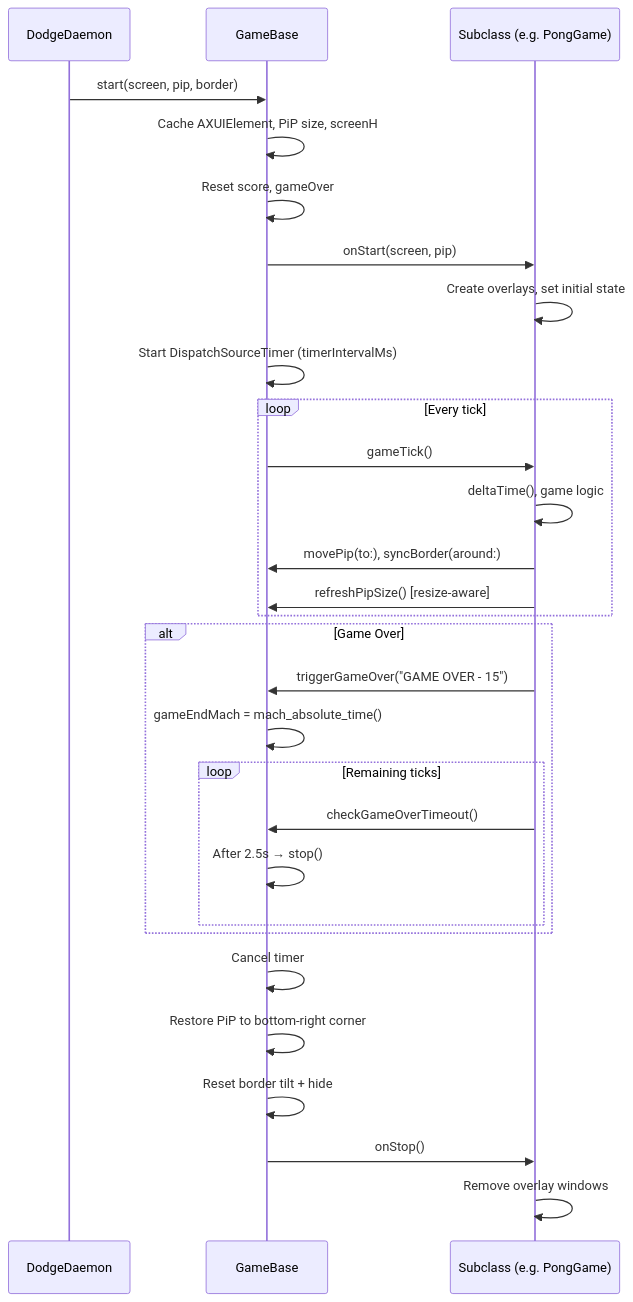
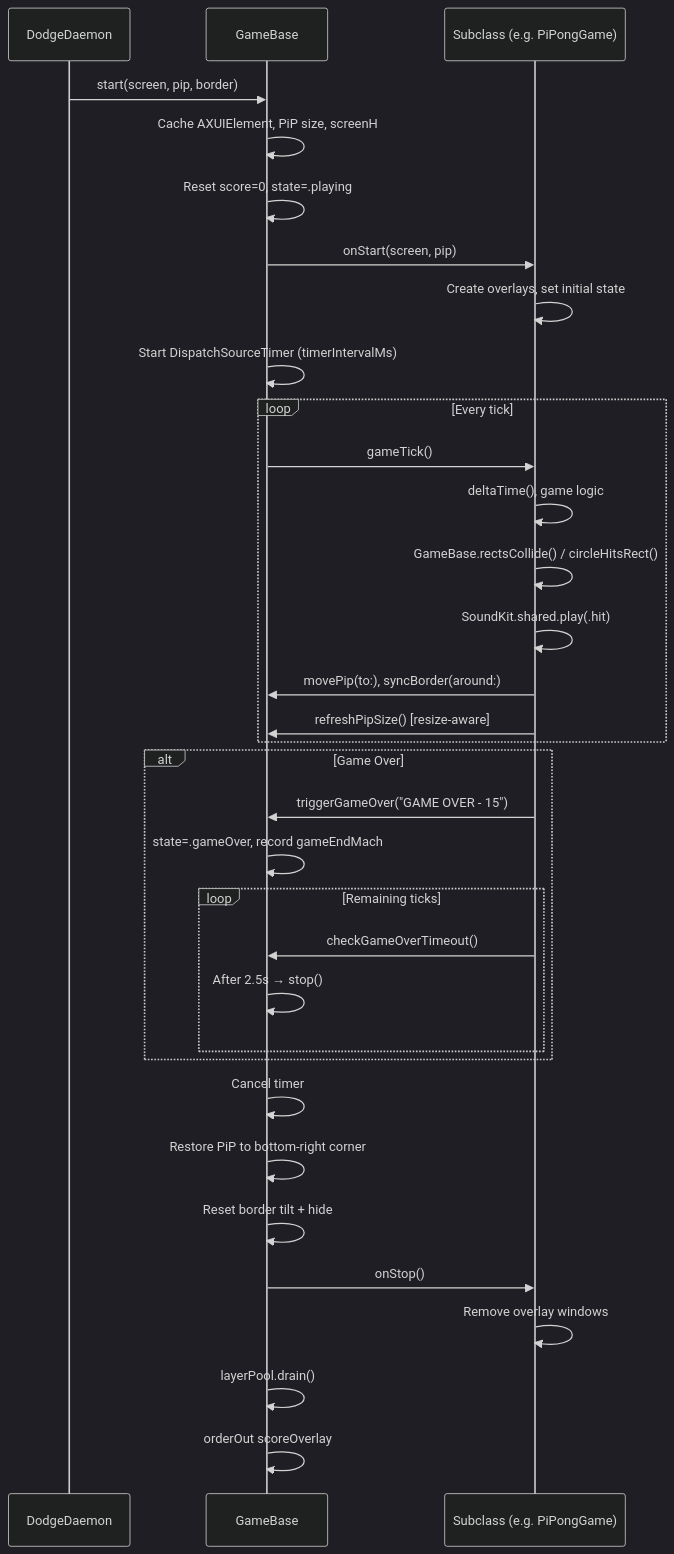
Before and after one commit to colours93/pipbounce: the seventh of 9 diagrams in README.md, drawn with Mermaid. The commit also changed other lines of this file and 43 other files, not shown here.

````diff
--- a/README.md
+++ b/README.md
@@ -376,35 +448,40 @@
 ```mermaid
+%%{init: {'theme': 'dark', 'themeVariables': {'primaryColor': '#0a2540', 'primaryTextColor': '#00fff5', 'primaryBorderColor': '#00fff5', 'lineColor': '#b44dff', 'secondaryColor': '#1a0a3e', 'tertiaryColor': '#0a3520', 'edgeLabelBackground': '#111', 'clusterBkg': '#0d0d14', 'clusterBorder': '#2a2a3a', 'titleColor': '#fafafa', 'nodeTextColor': '#fafafa', 'noteBkgColor': '#1a0a3e', 'noteTextColor': '#b44dff', 'activationBkgColor': '#0a2540', 'activationBorderColor': '#00fff5'}}}%%
 sequenceDiagram
     participant D as DodgeDaemon
     participant GB as GameBase
-    participant Sub as Subclass (e.g. PongGame)
+    participant Sub as Subclass (e.g. PiPongGame)
 
     D->>GB: start(screen, pip, border)
     GB->>GB: Cache AXUIElement, PiP size, screenH
-    GB->>GB: Reset score, gameOver
+    GB->>GB: Reset score=0, state=.playing
     GB->>Sub: onStart(screen, pip)
     Sub->>Sub: Create overlays, set initial state
     GB->>GB: Start DispatchSourceTimer (timerIntervalMs)
 
     loop Every tick
         GB->>Sub: gameTick()
         Sub->>Sub: deltaTime(), game logic
+        Sub->>Sub: GameBase.rectsCollide() / circleHitsRect()
+        Sub->>Sub: SoundKit.shared.play(.hit)
         Sub->>GB: movePip(to:), syncBorder(around:)
         Sub->>GB: refreshPipSize() [resize-aware]
     end
 
     alt Game Over
         Sub->>GB: triggerGameOver("GAME OVER - 15")
-        GB->>GB: gameEndMach = mach_absolute_time()
+        GB->>GB: state=.gameOver, record gameEndMach
         loop Remaining ticks
             Sub->>GB: checkGameOverTimeout()
             GB->>GB: After 2.5s → stop()
         end
     end
 
     GB->>GB: Cancel timer
     GB->>GB: Restore PiP to bottom-right corner
     GB->>GB: Reset border tilt + hide
     GB->>Sub: onStop()
     Sub->>Sub: Remove overlay windows
+    GB->>GB: layerPool.drain()
+    GB->>GB: orderOut scoreOverlay
 ```
````
